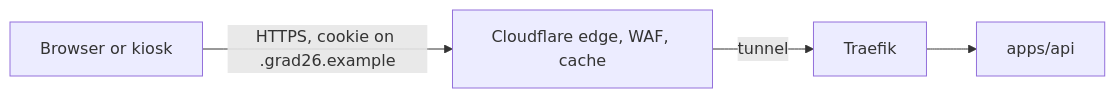
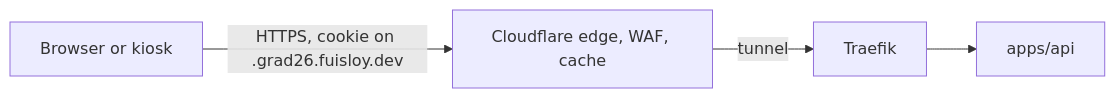
One commit to fuisl/vgu-graduation changed the second of 2 diagrams in docs/architecture/target/traffic-paths.md. Above: the diagram before and after it, drawn with Mermaid. The commit also changed other lines of this file and 11 other files, not shown here.

````diff
--- a/docs/architecture/target/traffic-paths.md
+++ b/docs/architecture/target/traffic-paths.md
@@ -20,5 +20,5 @@
 ```mermaid
 flowchart LR
-  B["Browser or kiosk"] -- "HTTPS, cookie on .grad26.example" --> C["Cloudflare edge, WAF, cache"]
+  B["Browser or kiosk"] -- "HTTPS, cookie on .grad26.fuisloy.dev" --> C["Cloudflare edge, WAF, cache"]
   C -- "tunnel" --> T["Traefik"] --> A["apps/api"]
 ```
````
